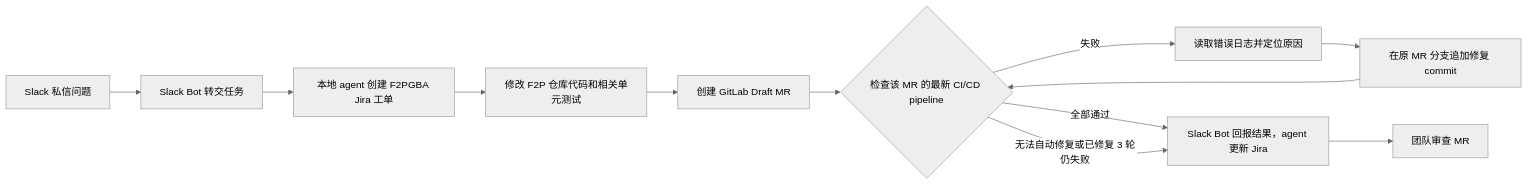
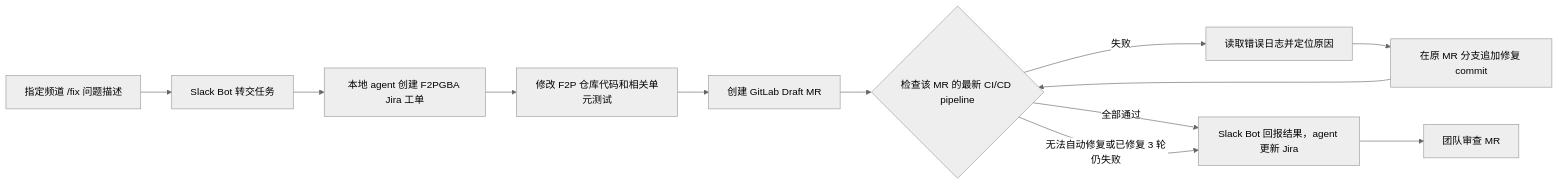
The diagram in README.md (whhe-coder/Chat-to-Fix-Agent), drawn with Mermaid (neutral theme) before and after one commit. The commit also changed other lines of this file and 6 other files, not shown here.

````diff
--- a/README.md
+++ b/README.md
@@ -13,14 +13,14 @@
 ```mermaid
 flowchart LR
-    A[Slack 私信问题] --> B[Slack Bot 转交任务]
+    A[指定频道 /fix 问题描述] --> B[Slack Bot 转交任务]
     B --> C[本地 agent 创建 F2PGBA Jira 工单]
     C --> D[修改 F2P 仓库代码和相关单元测试]
     D --> E[创建 GitLab Draft MR]
     E --> F{检查该 MR 的最新 CI/CD pipeline}
     F -->|失败| G[读取错误日志并定位原因]
     G --> H[在原 MR 分支追加修复 commit]
     H --> F
     F -->|全部通过| I[Slack Bot 回报结果，agent 更新 Jira]
     F -->|无法自动修复或已修复 3 轮仍失败| I
     I --> J[团队审查 MR]
 ```
````
